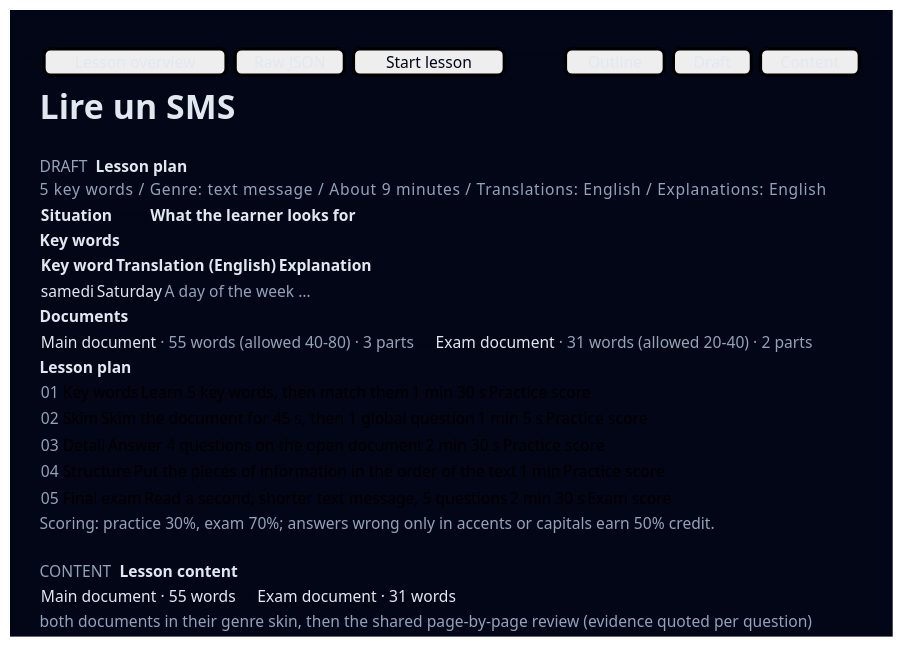
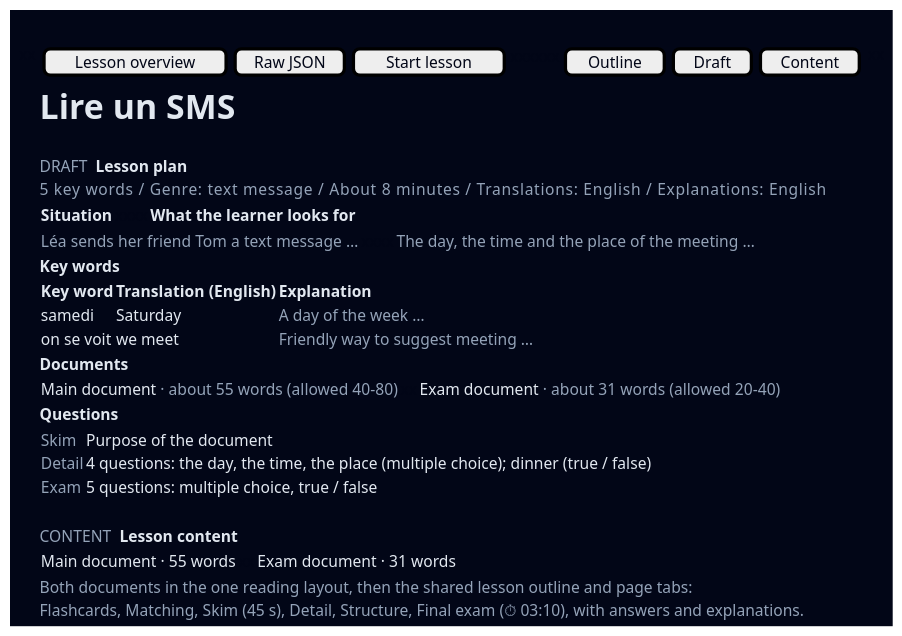
The diagram in docs/mockups/02-artifact-view/reading/lesson-detail.puml (bastian-schnitzler/lesson_prototype), drawn with PlantUML before and after one commit. The commit also changed 21 other files, not shown here.

First line of the commit message:
P5-01: reading requirements revised after the product-owner review

```diff
--- a/docs/mockups/02-artifact-view/reading/lesson-detail.puml
+++ b/docs/mockups/02-artifact-view/reading/lesson-detail.puml
@@ -1,35 +1,35 @@
 @startsalt
 skinparam backgroundColor #020617
 skinparam defaultFontName SansSerif
 skinparam defaultFontSize 15
 skinparam defaultFontColor #E2E8F0
 scale 1.3
 {
 .
 { <color:#020617>xx</color> | {
-{ [ <color:#E2E8F0>Lesson overview</color> ] | [ <color:#E2E8F0>Raw JSON</color> ] | [ <color:#020617>Start lesson</color> ] | <color:#020617>xxxxxx</color> | [ <color:#E2E8F0>Outline</color> ] | [ <color:#E2E8F0>Draft</color> ] | [ <color:#E2E8F0>Content</color> ] }
+{ [ <color:#020617>Lesson overview</color> ] | [ <color:#020617>Raw JSON</color> ] | [ <color:#020617>Start lesson</color> ] | <color:#020617>xxxxxx</color> | [ <color:#020617>Outline</color> ] | [ <color:#020617>Draft</color> ] | [ <color:#020617>Content</color> ] }
 <size:26><color:#E2E8F0><b>Lire un SMS</b></color></size>
 .
 <color:#94A3B8>DRAFT</color>  <color:#E2E8F0><b>Lesson plan</b></color>
-<color:#94A3B8>5 key words   /   Genre: text message   /   About 9 minutes   /   Translations: English   /   Explanations: English</color>
+<color:#94A3B8>5 key words   /   Genre: text message   /   About 8 minutes   /   Translations: English   /   Explanations: English</color>
 { <color:#E2E8F0><b>Situation</b></color> | <color:#020617>xxxx</color> | <color:#E2E8F0><b>What the learner looks for</b></color> }
+{ <color:#94A3B8>Léa sends her friend Tom a text message …</color> | <color:#020617>xxxx</color> | <color:#94A3B8>The day, the time and the place of the meeting …</color> }
 <color:#E2E8F0><b>Key words</b></color>
-{ <color:#E2E8F0><b>Key word</b></color> | <color:#E2E8F0><b>Translation (English)</b></color> | <color:#E2E8F0><b>Explanation</b></color> }
-{ <color:#E2E8F0>samedi</color> | <color:#E2E8F0>Saturday</color> | <color:#94A3B8>A day of the week …</color> }
+{ <color:#E2E8F0><b>Key word</b></color> | <color:#E2E8F0><b>Translation (English)</b></color> | <color:#E2E8F0><b>Explanation</b></color>
+<color:#E2E8F0>samedi</color> | <color:#E2E8F0>Saturday</color> | <color:#94A3B8>A day of the week …</color>
+<color:#E2E8F0>on se voit</color> | <color:#E2E8F0>we meet</color> | <color:#94A3B8>Friendly way to suggest meeting …</color> }
 <color:#E2E8F0><b>Documents</b></color>
-{ <color:#E2E8F0>Main document</color> <color:#94A3B8>· 55 words (allowed 40–80) · 3 parts</color> | <color:#020617>xx</color> | <color:#E2E8F0>Exam document</color> <color:#94A3B8>· 31 words (allowed 20–40) · 2 parts</color> }
-<color:#E2E8F0><b>Lesson plan</b></color>
-{ <color:#94A3B8>01</color> Key words | Learn 5 key words, then match them | 1 min 30 s | Practice score }
-{ <color:#94A3B8>02</color> Skim | Skim the document for 45 s, then 1 global question | 1 min 5 s | Practice score }
-{ <color:#94A3B8>03</color> Detail | Answer 4 questions on the open document | 2 min 30 s | Practice score }
-{ <color:#94A3B8>04</color> Structure | Put the pieces of information in the order of the text | 1 min | Practice score }
-{ <color:#94A3B8>05</color> Final exam | Read a second, shorter text message, 5 questions | 2 min 30 s | Exam score }
-<color:#94A3B8>Scoring: practice 30%, exam 70%; answers wrong only in accents or capitals earn 50% credit.</color>
+{ <color:#E2E8F0>Main document</color> <color:#94A3B8>· about 55 words (allowed 40–80)</color> | <color:#020617>xx</color> | <color:#E2E8F0>Exam document</color> <color:#94A3B8>· about 31 words (allowed 20–40)</color> }
+<color:#E2E8F0><b>Questions</b></color>
+{ <color:#94A3B8>Skim</color> | <color:#E2E8F0>Purpose of the document</color>
+<color:#94A3B8>Detail</color> | <color:#E2E8F0>4 questions: the day, the time, the place (multiple choice); dinner (true / false)</color>
+<color:#94A3B8>Exam</color> | <color:#E2E8F0>5 questions: multiple choice, true / false</color> }
 .
 <color:#94A3B8>CONTENT</color>  <color:#E2E8F0><b>Lesson content</b></color>
 { <color:#E2E8F0>Main document · 55 words</color> | <color:#020617>xx</color> | <color:#E2E8F0>Exam document · 31 words</color> }
-<color:#94A3B8>both documents in their genre skin, then the shared page-by-page review (evidence quoted per question)</color>
+<color:#94A3B8>Both documents in the one reading layout, then the shared lesson outline and page tabs:</color>
+<color:#94A3B8>Flashcards, Matching, Skim (45 s), Detail, Structure, Final exam (⏱ 03:10), with answers and explanations.</color>
 } | <color:#020617>xx</color> }
 .
 }
 @endsalt
```
